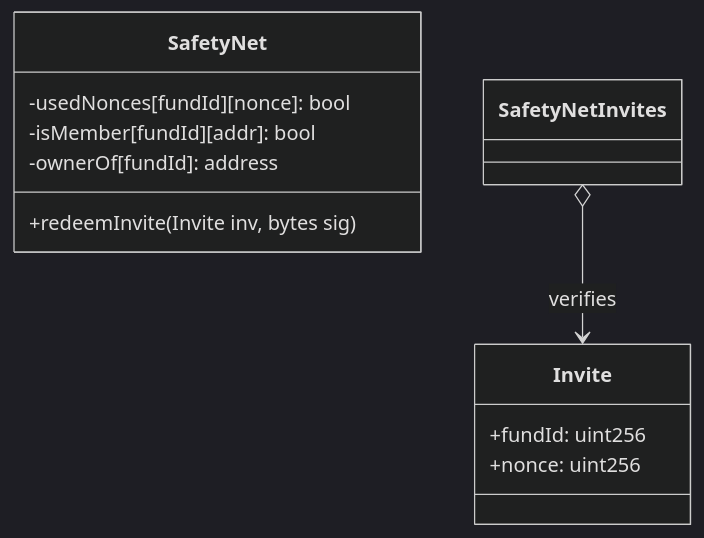
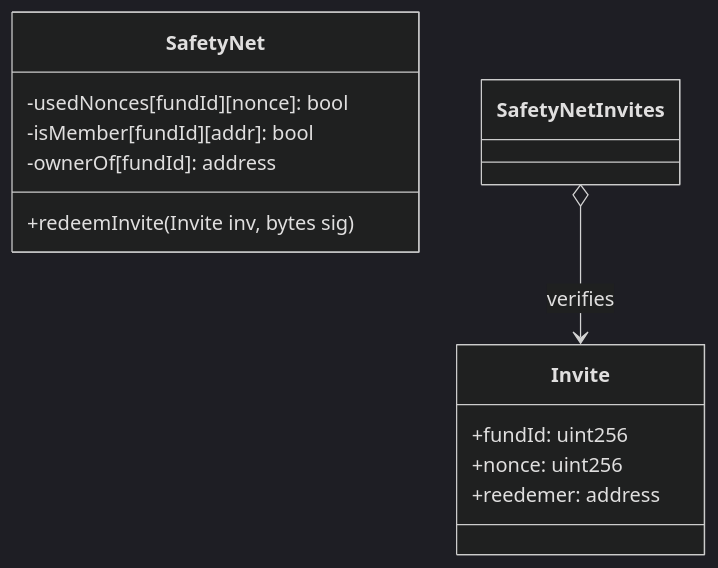
Before and after one commit to BreadchainCoop/safety-net: the first of 3 diagrams in InviteTechSpec.md, drawn with Mermaid (dark theme). The commit also changed other lines of this file, not shown here.

Commit message:
docs: delet deadlines related parts and add reedemer logic

````diff
--- a/InviteTechSpec.md
+++ b/InviteTechSpec.md
@@ -108,14 +107,15 @@
 ```mermaid
 classDiagram
     class SafetyNet {
         +redeemInvite(Invite inv, bytes sig)
         -usedNonces[fundId][nonce]: bool
         -isMember[fundId][addr]: bool
         -ownerOf[fundId]: address
     }
     class Invite {
         +fundId: uint256
         +nonce: uint256
+        +reedemer: address
     }
     SafetyNetInvites o--> Invite : verifies
 ```
````
